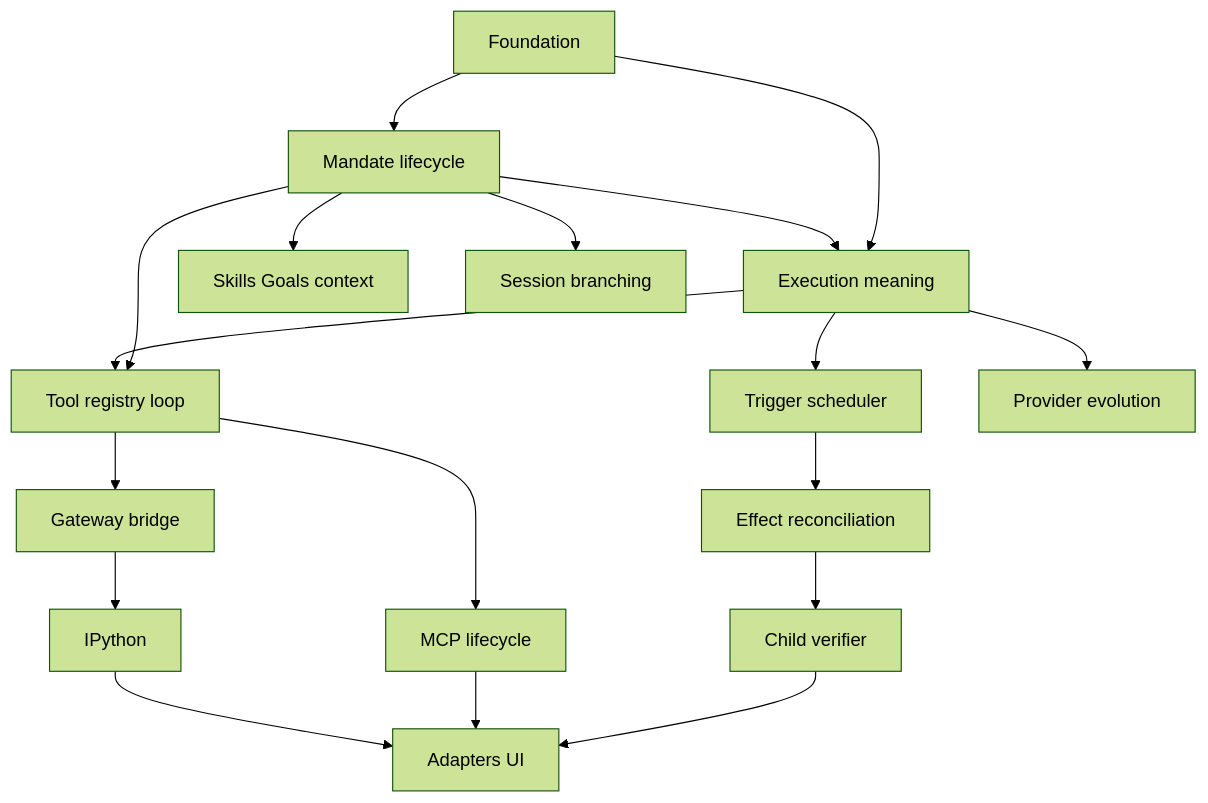
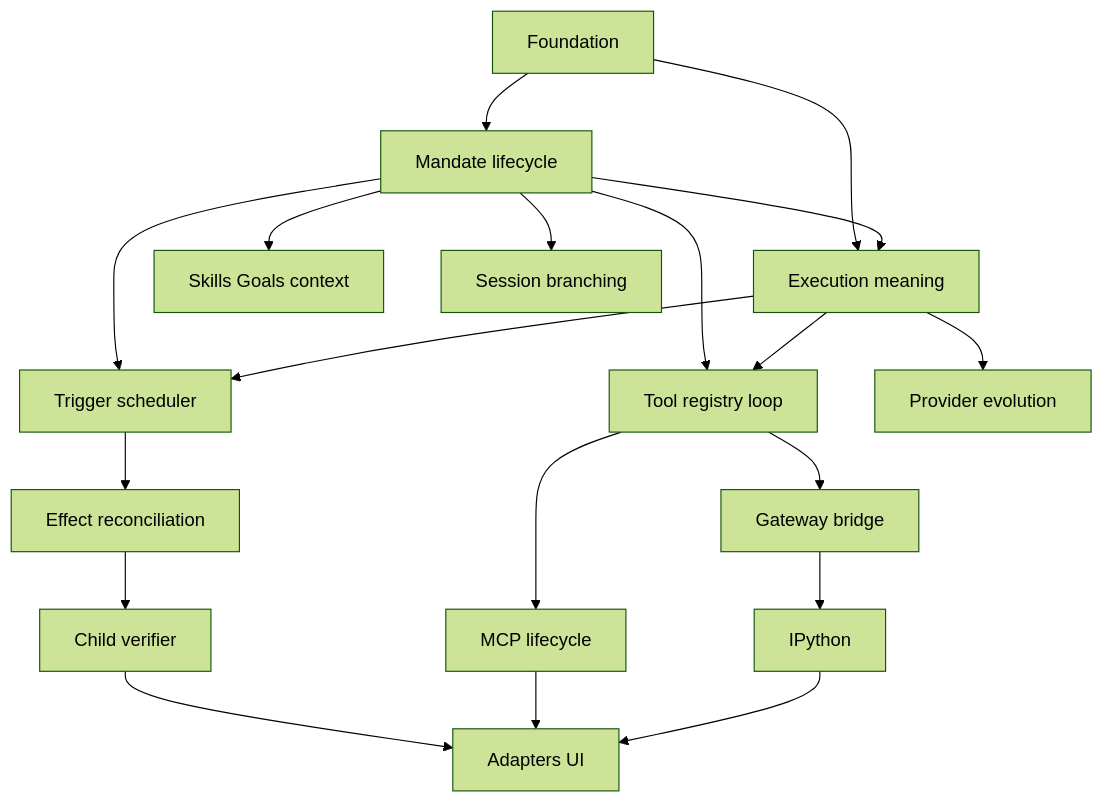
The diagram in docs/intention-relay/reconciliation/ownership-and-dependency-map.md (y0tsy/intention-relay), drawn with Mermaid (forest theme) before and after one commit. The commit also changed other lines of this file and 19 other files, not shown here.

Commit message:
docs(architecture): define mandate scheduler boundary

````diff
--- a/docs/intention-relay/reconciliation/ownership-and-dependency-map.md
+++ b/docs/intention-relay/reconciliation/ownership-and-dependency-map.md
@@ -21,20 +22,21 @@
 ```mermaid
 flowchart TD
   F[Foundation] --> E[Execution meaning]
   F --> M[Mandate lifecycle]
   M --> E
   M --> T[Tool registry loop]
   E --> T
-  E --> S[Trigger scheduler]
+  M --> S[Trigger scheduler]
+  E --> S
   T --> G[Gateway bridge]
   S --> X[Effect reconciliation]
   X --> C[Child verifier]
   T --> P[MCP lifecycle]
   M --> K[Skills Goals context]
   G --> I[IPython]
   E --> V[Provider evolution]
   M --> B[Session branching]
   C --> U[Adapters UI]
   P --> U
   I --> U
 ```
````
